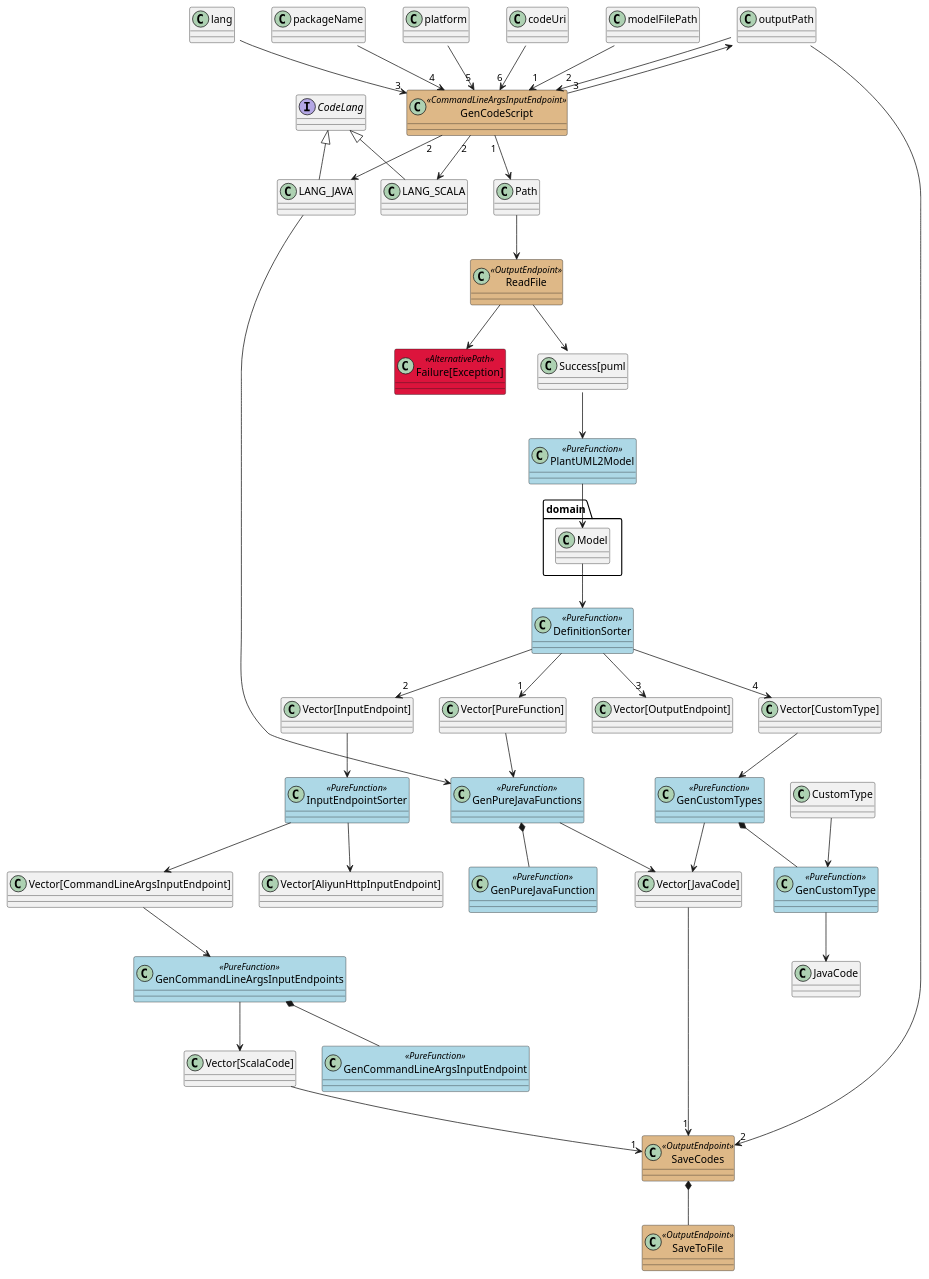
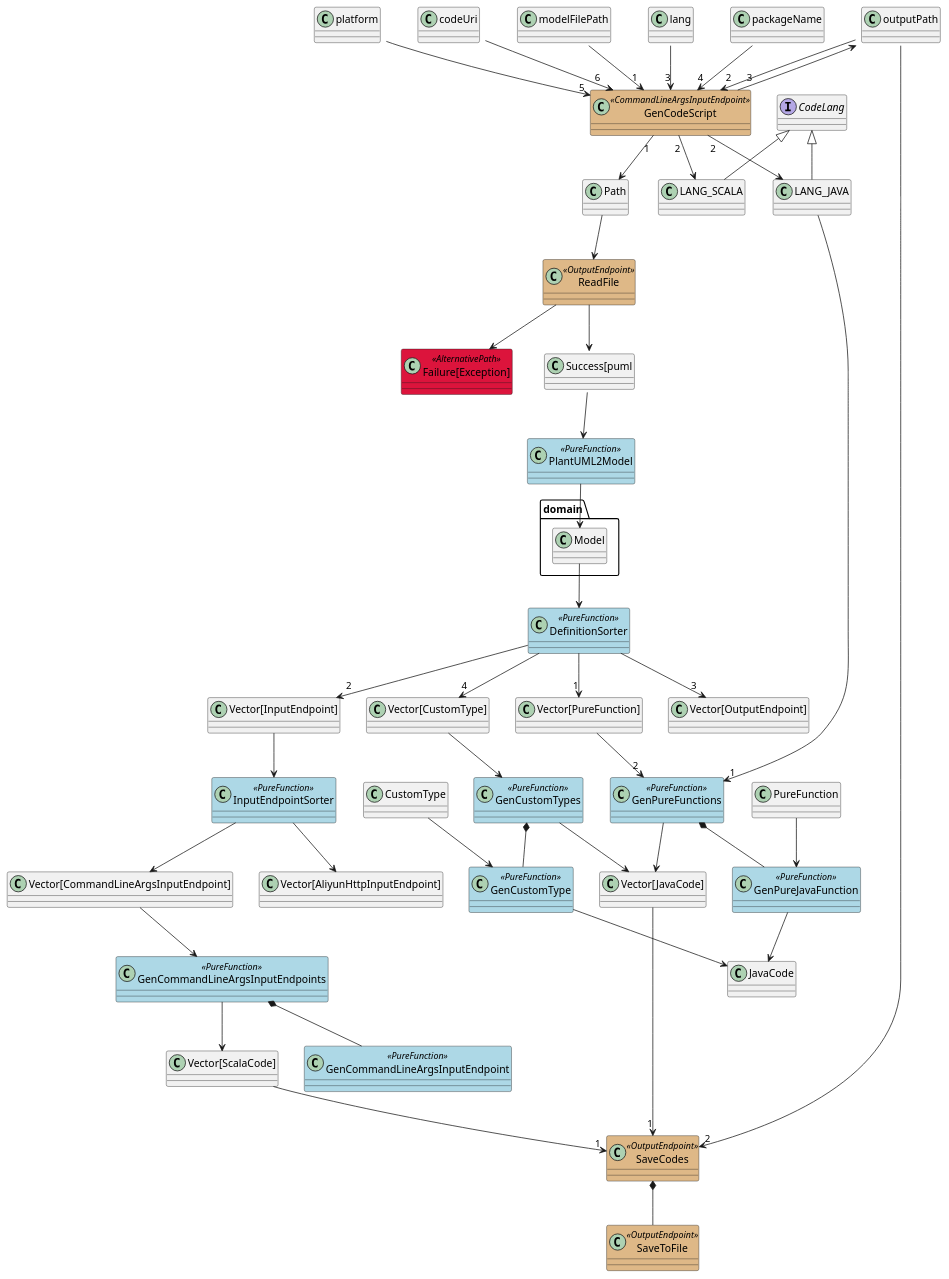
The diagram in typeflow/tooling/GenCode.puml (notyy/TypeFlow), drawn with PlantUML before and after one commit.

Commit message:
refactoring model

```diff
--- a/typeflow/tooling/GenCode.puml
+++ b/typeflow/tooling/GenCode.puml
@@ -1,68 +1,70 @@
 @startuml
 skinparam class {
 	BackgroundColor<<CommandLineInputEndpoint>> BurlyWood
 	BackgroundColor<<CommandLineArgsInputEndpoint>> BurlyWood
 	BackgroundColor<<AliyunHttpInputEndpoint>> BurlyWood
 	BackgroundColor<<OutputEndpoint>> BurlyWood
 	BackgroundColor<<PureFunction>> LightBlue
 	BackgroundColor<<AlternativePath>> Crimson
 }
 
 class GenCodeScript <<CommandLineArgsInputEndpoint>>
 class ReadFile <<OutputEndpoint>>
 class PlantUML2Model <<PureFunction>>
-class GenPureJavaFunctions <<PureFunction>>
+class GenPureFunctions <<PureFunction>>
 class GenPureJavaFunction <<PureFunction>>
 class GenCommandLineArgsInputEndpoints <<PureFunction>>
 class GenCommandLineArgsInputEndpoint <<PureFunction>>
 class GenCustomTypes <<PureFunction>>
 class GenCustomType <<PureFunction>>
 class DefinitionSorter <<PureFunction>>
 class InputEndpointSorter <<PureFunction>>
 class SaveCodes <<OutputEndpoint>>
 class SaveToFile <<OutputEndpoint>>
 class "Failure[Exception]" <<AlternativePath>>
 interface CodeLang
 CodeLang <|-- LANG_JAVA
 CodeLang <|-- LANG_SCALA
 
 modelFilePath::String --> "1" GenCodeScript
 outputPath::String --> "2" GenCodeScript
 lang::String --> "3" GenCodeScript
 packageName::String --> "4" GenCodeScript
 platform::String --> "5" GenCodeScript
 codeUri::String --> "6" GenCodeScript
 GenCodeScript "1" --> Path
 GenCodeScript "2" --> LANG_JAVA
 GenCodeScript "2" --> LANG_SCALA
 GenCodeScript "3" --> outputPath::Path
-LANG_JAVA -> GenPureJavaFunctions
+LANG_JAVA -> "1" GenPureFunctions
 Path --> ReadFile
 ReadFile --> "Success[puml::String]"
 ReadFile --> "Failure[Exception]"
 "Success[puml::String]" --> PlantUML2Model
 PlantUML2Model --> domain.Model
 domain.Model --> DefinitionSorter
 DefinitionSorter --> "1" "Vector[PureFunction]"
 DefinitionSorter --> "2" "Vector[InputEndpoint]"
 DefinitionSorter --> "3" "Vector[OutputEndpoint]"
 DefinitionSorter --> "4" "Vector[CustomType]"
 "Vector[InputEndpoint]" --> InputEndpointSorter
 InputEndpointSorter --> "Vector[CommandLineArgsInputEndpoint]"
 InputEndpointSorter --> "Vector[AliyunHttpInputEndpoint]"
-"Vector[PureFunction]" --> GenPureJavaFunctions
+"Vector[PureFunction]" --> "2" GenPureFunctions
 "Vector[CustomType]" --> GenCustomTypes
 GenCustomTypes --> "Vector[JavaCode]"
 GenCustomTypes *-- GenCustomType
 CustomType --> GenCustomType
 GenCustomType --> JavaCode
-GenPureJavaFunctions --> "Vector[JavaCode]"
-GenPureJavaFunctions *-- GenPureJavaFunction
+GenPureFunctions --> "Vector[JavaCode]"
+GenPureFunctions *-- GenPureJavaFunction
+PureFunction --> GenPureJavaFunction
+GenPureJavaFunction --> JavaCode
 "Vector[CommandLineArgsInputEndpoint]" --> GenCommandLineArgsInputEndpoints
 GenCommandLineArgsInputEndpoints --> "Vector[ScalaCode]"
 GenCommandLineArgsInputEndpoints *-- GenCommandLineArgsInputEndpoint
 "Vector[ScalaCode]" --> "1" SaveCodes
 "Vector[JavaCode]" --> "1" SaveCodes
 outputPath::Path --> "2" SaveCodes
 SaveCodes *-- SaveToFile
 @enduml
```
